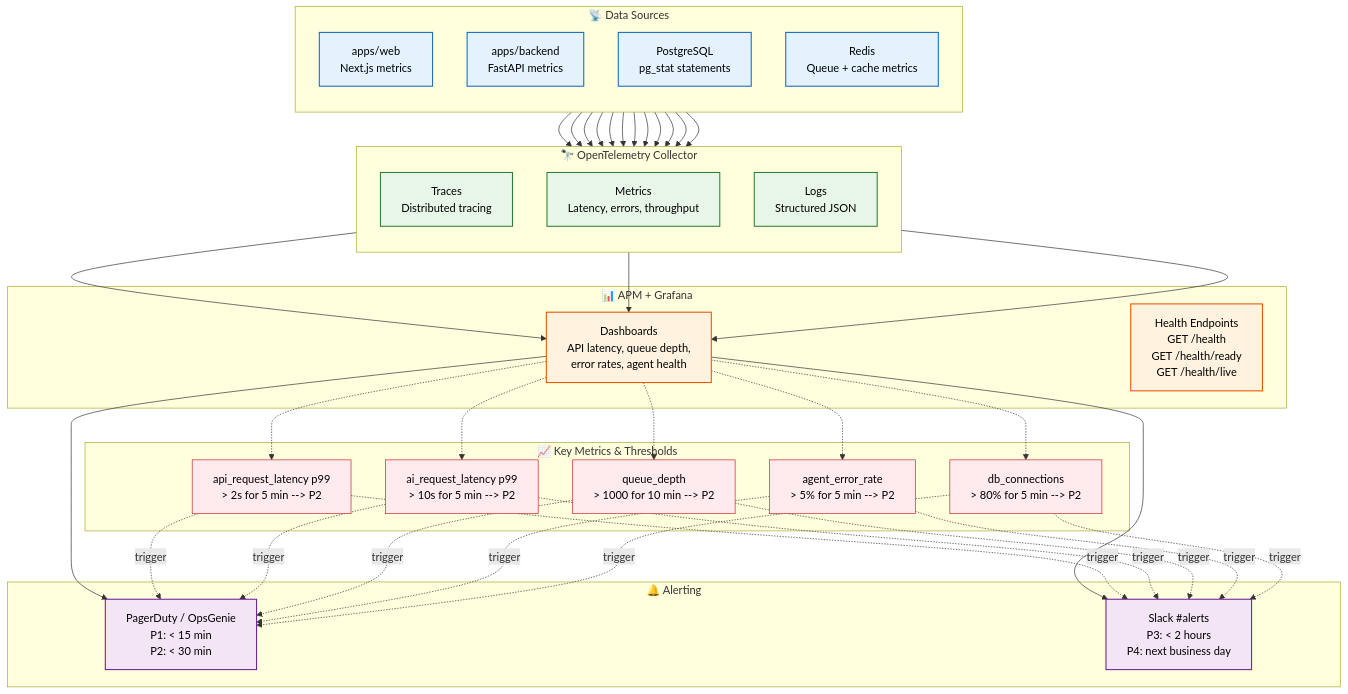
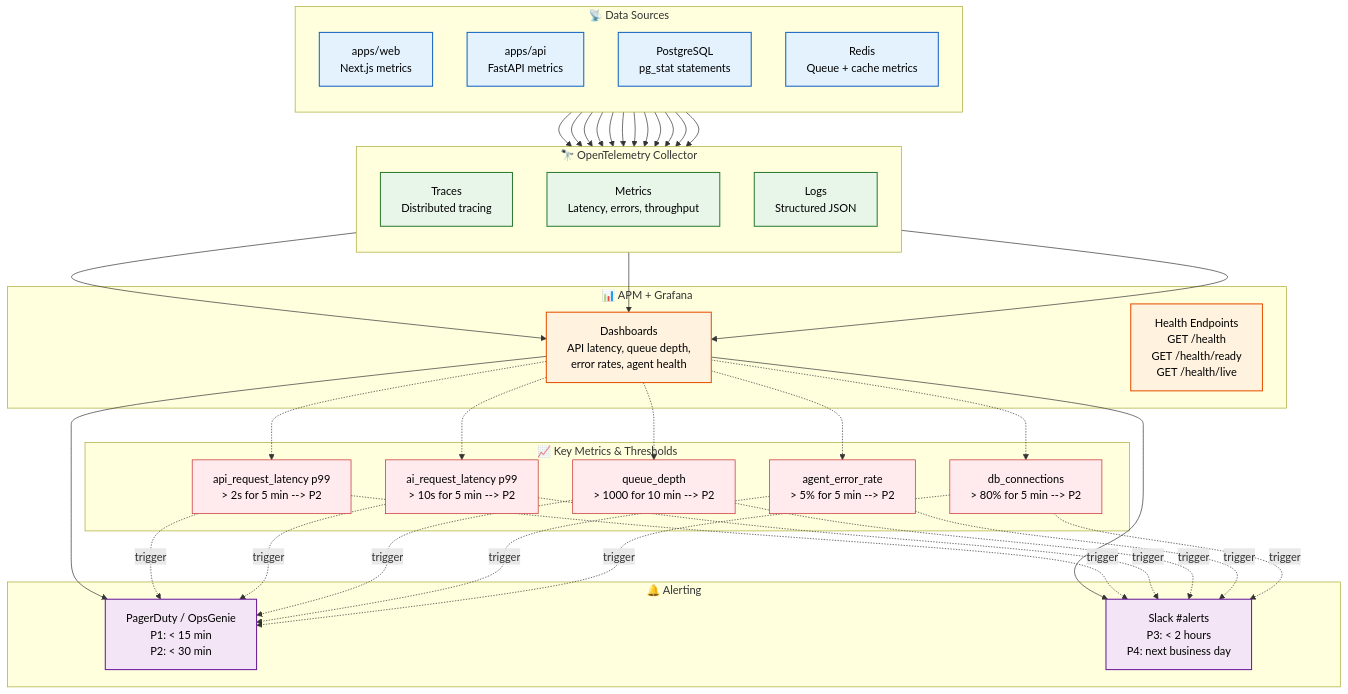
Before and after one commit to Driftloom/Vaeloom: the first of 2 diagrams in docs/devops/Monitoring.md, drawn with Mermaid. The commit also changed 730 other files, not shown here.

First line of the commit message:
refactor: rename apps/backend to apps/api + upgrade MVP-P02 prompt

````diff
--- a/docs/devops/Monitoring.md
+++ b/docs/devops/Monitoring.md
@@ -7,54 +7,54 @@
 ```mermaid
 graph TD
     classDef sources fill:#e3f2fd,stroke:#1565c0,color:#000,stroke-width:1.5px
     classDef otel fill:#e8f5e9,stroke:#2e7d32,color:#000,stroke-width:1.5px
     classDef viz fill:#fff3e0,stroke:#e65100,color:#000,stroke-width:1.5px
     classDef alert fill:#f3e5f5,stroke:#6a1b9a,color:#000,stroke-width:1.5px
     classDef metric fill:#ffebee,stroke:#c62828,color:#000,stroke-width:1px
 
     subgraph Sources["📡 Data Sources"]
         direction TB
         S1["apps/web<br/>Next.js metrics"]
-        S2["apps/backend<br/>FastAPI metrics"]
+        S2["apps/api<br/>FastAPI metrics"]
         S4["PostgreSQL<br/>pg_stat statements"]
         S5["Redis<br/>Queue + cache metrics"]
     end
 
     subgraph Otel["🔭 OpenTelemetry Collector"]
         direction TB
         O1["Traces<br/>Distributed tracing"]
         O2["Metrics<br/>Latency, errors, throughput"]
         O3["Logs<br/>Structured JSON"]
     end
 
     subgraph Visualization["📊 APM + Grafana"]
         V1["Dashboards<br/>API latency, queue depth,\nerror rates, agent health"]
         V2["Health Endpoints<br/>GET /health<br/>GET /health/ready<br/>GET /health/live"]
     end
 
     subgraph Alerts["🔔 Alerting"]
         A1["PagerDuty / OpsGenie<br/>P1: < 15 min<br/>P2: < 30 min"]
         A2["Slack #alerts<br/>P3: < 2 hours<br/>P4: next business day"]
     end
 
     subgraph KeyMetrics["📈 Key Metrics & Thresholds"]
         K1["api_request_latency p99<br/>> 2s for 5 min --> P2"]
         K2["ai_request_latency p99<br/>> 10s for 5 min --> P2"]
         K3["queue_depth<br/>> 1000 for 10 min --> P2"]
         K4["agent_error_rate<br/>> 5% for 5 min --> P2"]
         K5["db_connections<br/>> 80% for 5 min --> P2"]
     end
 
     S1 & S2 & S4 & S5 --> O1 & O2 & O3
     O1 & O2 & O3 --> V1
     V1 --> A1 & A2
     V1 -.-> K1 & K2 & K3 & K4 & K5
     K1 & K2 & K3 & K4 & K5 -.->|trigger| A1 & A2
 
     class S1,S2,S4,S5 sources
     class O1,O2,O3 otel
     class V1,V2 viz
     class A1,A2 alert
     class K1,K2,K3,K4,K5 metric
 
 ```
````
